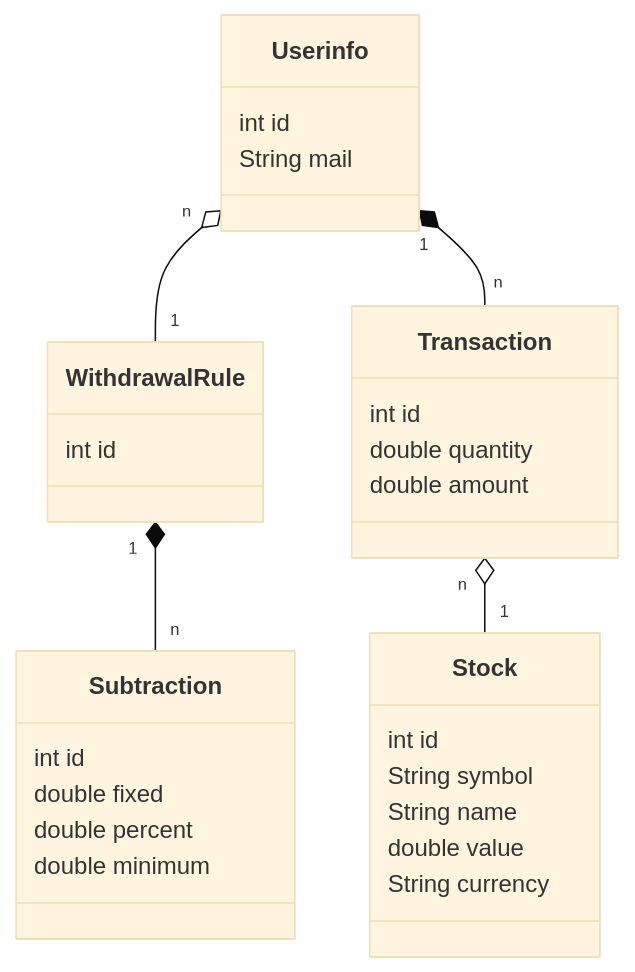
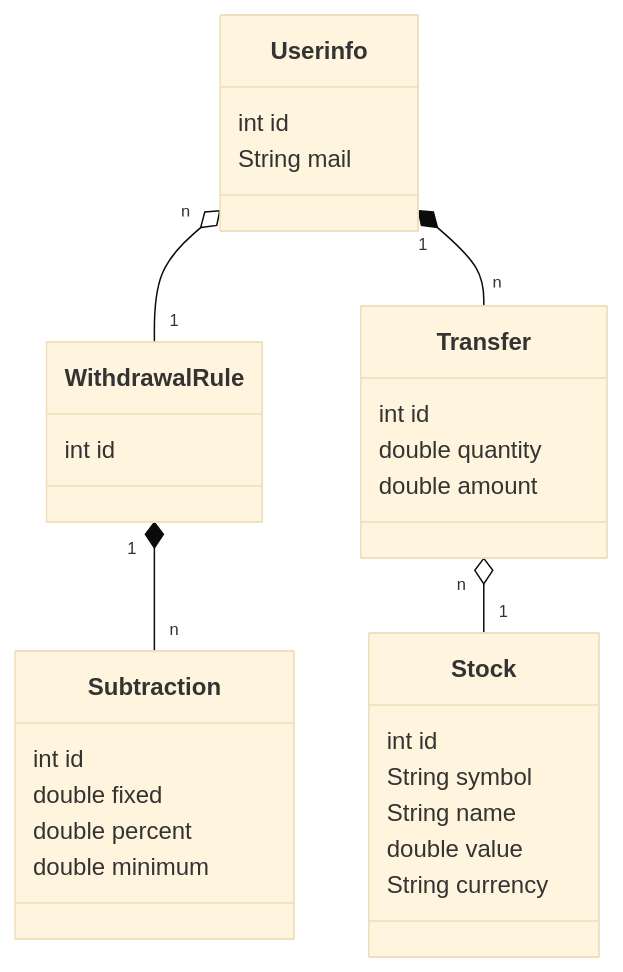
The diagram in README.md (baudee/invman), drawn with Mermaid (base theme) before and after one commit. The commit also changed 35 other files, not shown here.

````diff
--- a/README.md
+++ b/README.md
@@ -5,40 +5,40 @@
 ```mermaid
 classDiagram
 %% Relationships
 Userinfo "n" o-- "1" WithdrawalRule
 WithdrawalRule "1" *-- "n" Subtraction
-Userinfo "1" *-- "n" Transaction
-Transaction "n" o-- "1" Stock
+Userinfo "1" *-- "n" Transfer
+Transfer "n" o-- "1" Stock
 
 
 %% Classes
 class Userinfo {
     int id
     String mail
 }
 
-class Transaction {
+class Transfer {
     int id
     double quantity
     double amount
 }
 
 class Stock {
     int id
     String symbol
     String name
     double value
     String currency
 }
 
 class WithdrawalRule {
     int id
 }
 
 class Subtraction {
     int id
     double fixed
     double percent
     double minimum
 }
 ```
````
